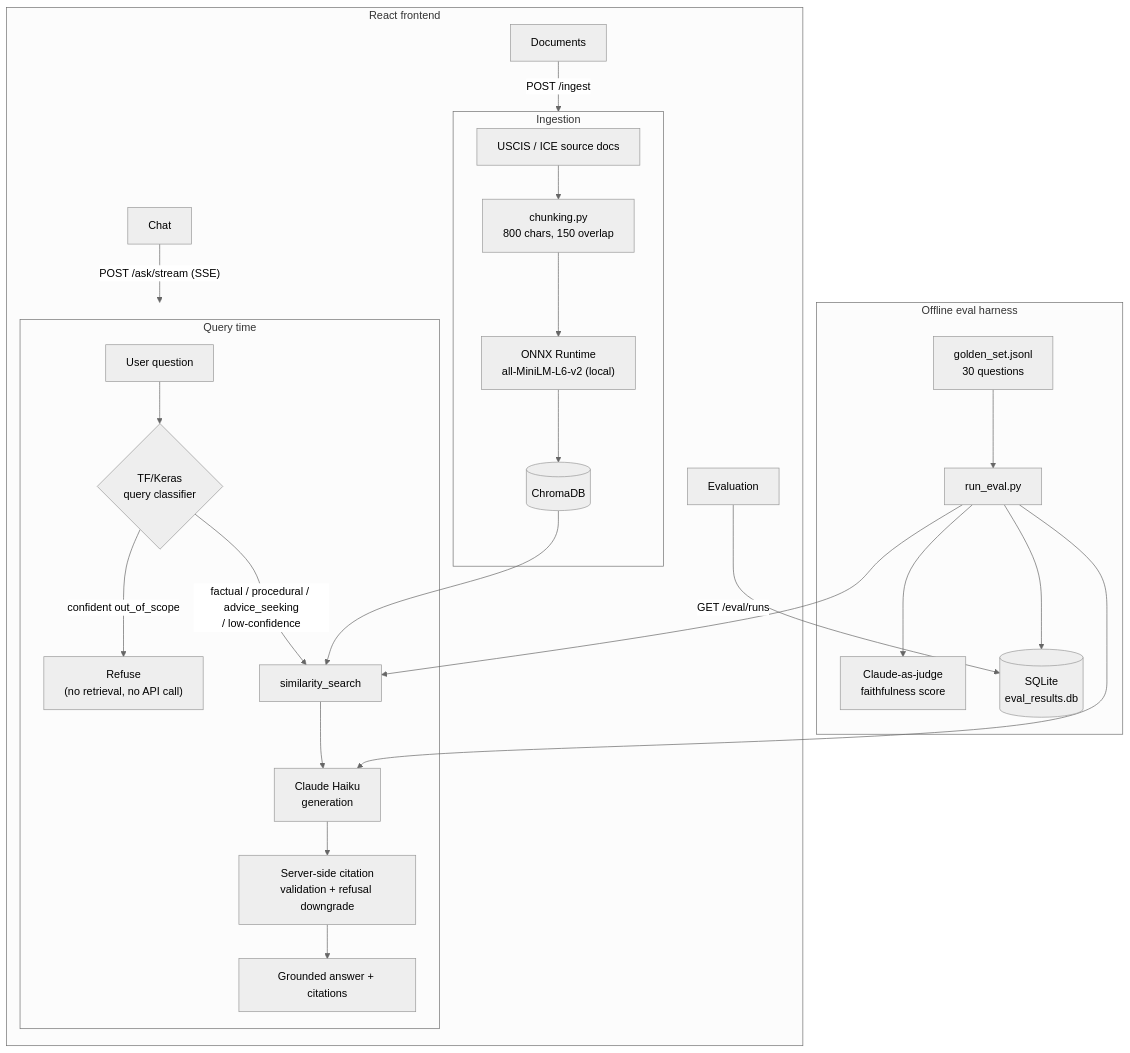
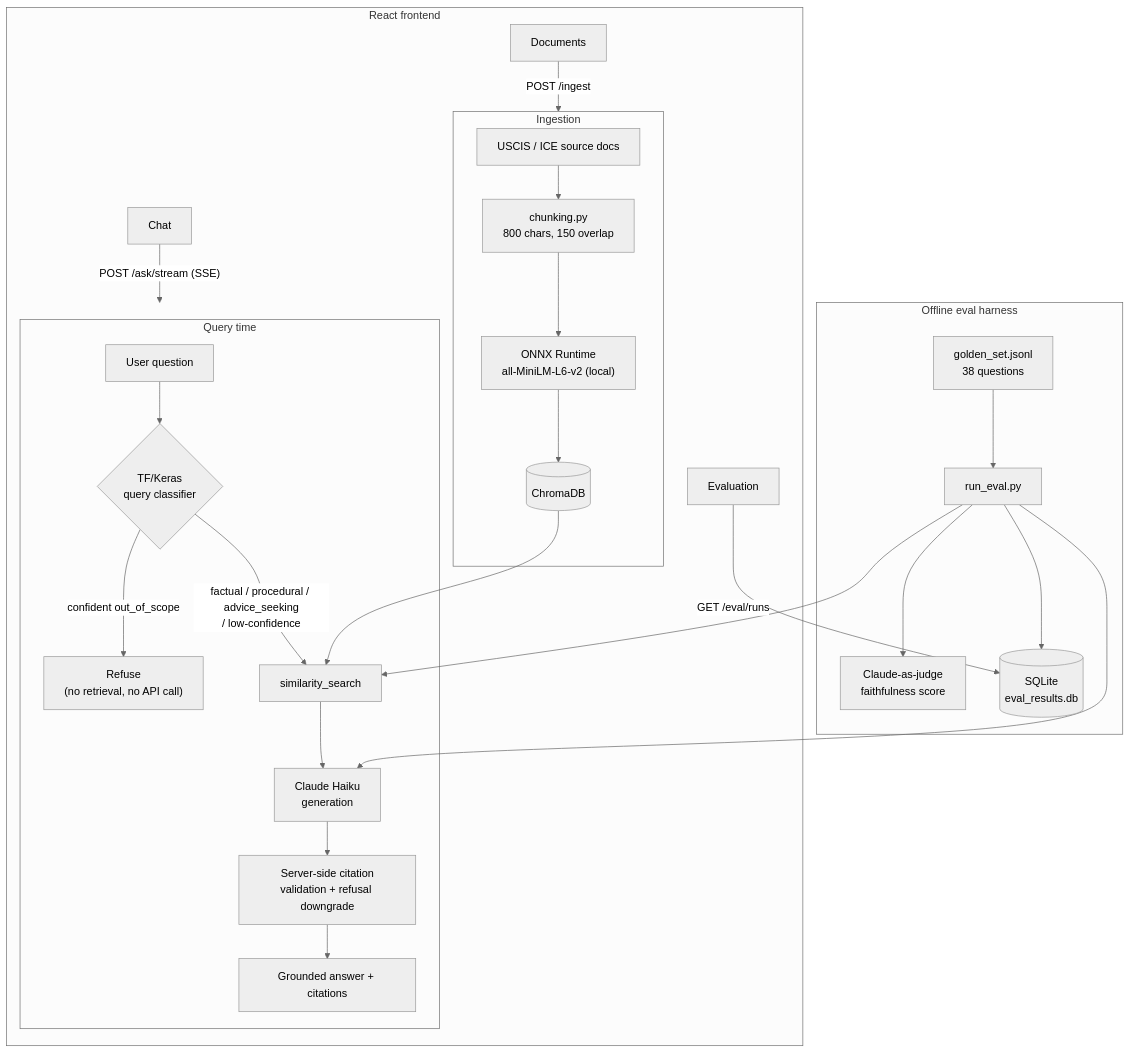
The diagram in README.md (Dhruvshelke15/veritas), drawn with Mermaid (neutral theme) before and after one commit. The commit also changed other lines of this file and 9 other files, not shown here.

````diff
--- a/README.md
+++ b/README.md
@@ -13,32 +13,32 @@
 ```mermaid
 flowchart TB
     subgraph ingest["Ingestion"]
         Corpus["USCIS / ICE source docs"] --> Chunker["chunking.py<br/>800 chars, 150 overlap"]
         Chunker --> Embed["ONNX Runtime<br/>all-MiniLM-L6-v2 (local)"]
         Embed --> Chroma[("ChromaDB")]
     end
 
     subgraph query["Query time"]
         Question["User question"] --> Classifier{"TF/Keras<br/>query classifier"}
         Classifier -->|"confident out_of_scope"| Reject["Refuse<br/>(no retrieval, no API call)"]
         Classifier -->|"factual / procedural / advice_seeking<br/>/ low-confidence"| Retrieve["similarity_search"]
         Chroma --> Retrieve
         Retrieve --> Claude["Claude Haiku<br/>generation"]
         Claude --> Validate["Server-side citation<br/>validation + refusal downgrade"]
         Validate --> Answer["Grounded answer + citations"]
     end
 
     subgraph eval["Offline eval harness"]
-        Golden["golden_set.jsonl<br/>30 questions"] --> Runner["run_eval.py"]
+        Golden["golden_set.jsonl<br/>38 questions"] --> Runner["run_eval.py"]
         Runner --> Retrieve
         Runner --> Claude
         Runner --> Judge["Claude-as-judge<br/>faithfulness score"]
         Runner --> EvalDB[("SQLite<br/>eval_results.db")]
     end
 
     subgraph frontend["React frontend"]
         Chat["Chat"] -->|"POST /ask/stream (SSE)"| query
         UploadUI["Documents"] -->|"POST /ingest"| ingest
         EvalUI["Evaluation"] -->|"GET /eval/runs"| EvalDB
     end
 ```
````
